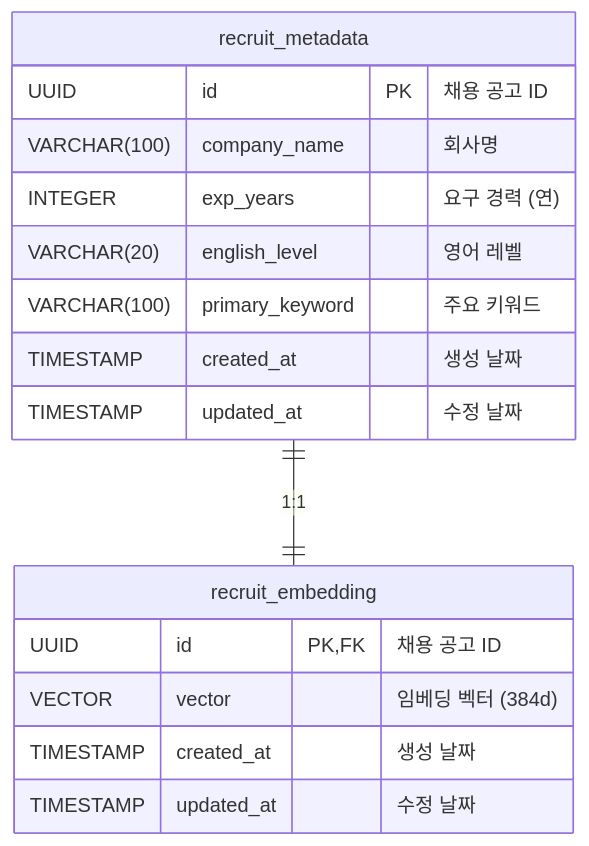
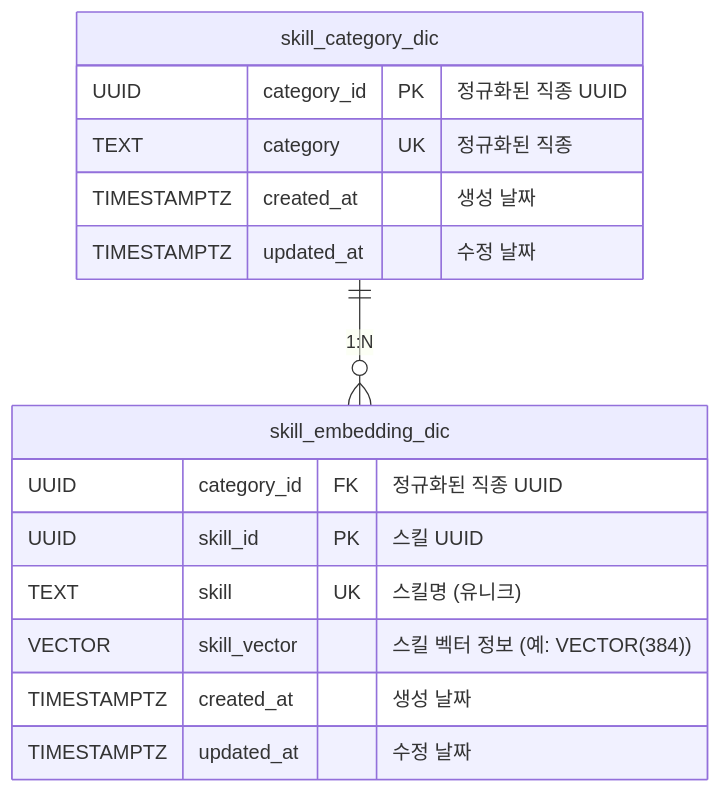
The fourth of 4 diagrams in Backend/docs/table_specification.md (Alpha-Match/Alpha-Match), drawn with Mermaid before and after one commit. The commit also changed other lines of this file and 2 other files, not shown here.

````diff
--- a/Backend/docs/table_specification.md
+++ b/Backend/docs/table_specification.md
@@ -135,21 +824,20 @@
 ```mermaid
-erDiagram
-    recruit_metadata {
-        UUID id PK "채용 공고 ID"
-        VARCHAR(100) company_name "회사명"
-        INTEGER exp_years "요구 경력 (연)"
-        VARCHAR(20) english_level "영어 레벨"
-        VARCHAR(100) primary_keyword "주요 키워드"
-        TIMESTAMP created_at "생성 날짜"
-        TIMESTAMP updated_at "수정 날짜"
+erDiagram 
+		skill_category_dic {
+        UUID category_id PK "정규화된 직종 UUID"
+        TEXT category UK "정규화된 직종"
+        TIMESTAMPTZ created_at "생성 날짜"
+        TIMESTAMPTZ updated_at "수정 날짜"
+		}
+		
+    skill_embedding_dic {
+        UUID category_id FK "정규화된 직종 UUID"
+        UUID skill_id PK "스킬 UUID"
+        TEXT skill UK "스킬명 (유니크)"
+        VECTOR skill_vector "스킬 벡터 정보 (예: VECTOR(384))"
+        TIMESTAMPTZ created_at "생성 날짜"
+        TIMESTAMPTZ updated_at "수정 날짜"
     }
 
-    recruit_embedding {
-        UUID id PK,FK "채용 공고 ID"
-        VECTOR vector "임베딩 벡터 (384d)"
-        TIMESTAMP created_at "생성 날짜"
-        TIMESTAMP updated_at "수정 날짜"
-    }
-
-    recruit_metadata ||--|| recruit_embedding : "1:1"
+    skill_category_dic ||--o{ skill_embedding_dic : "1:N"
 ```
````
